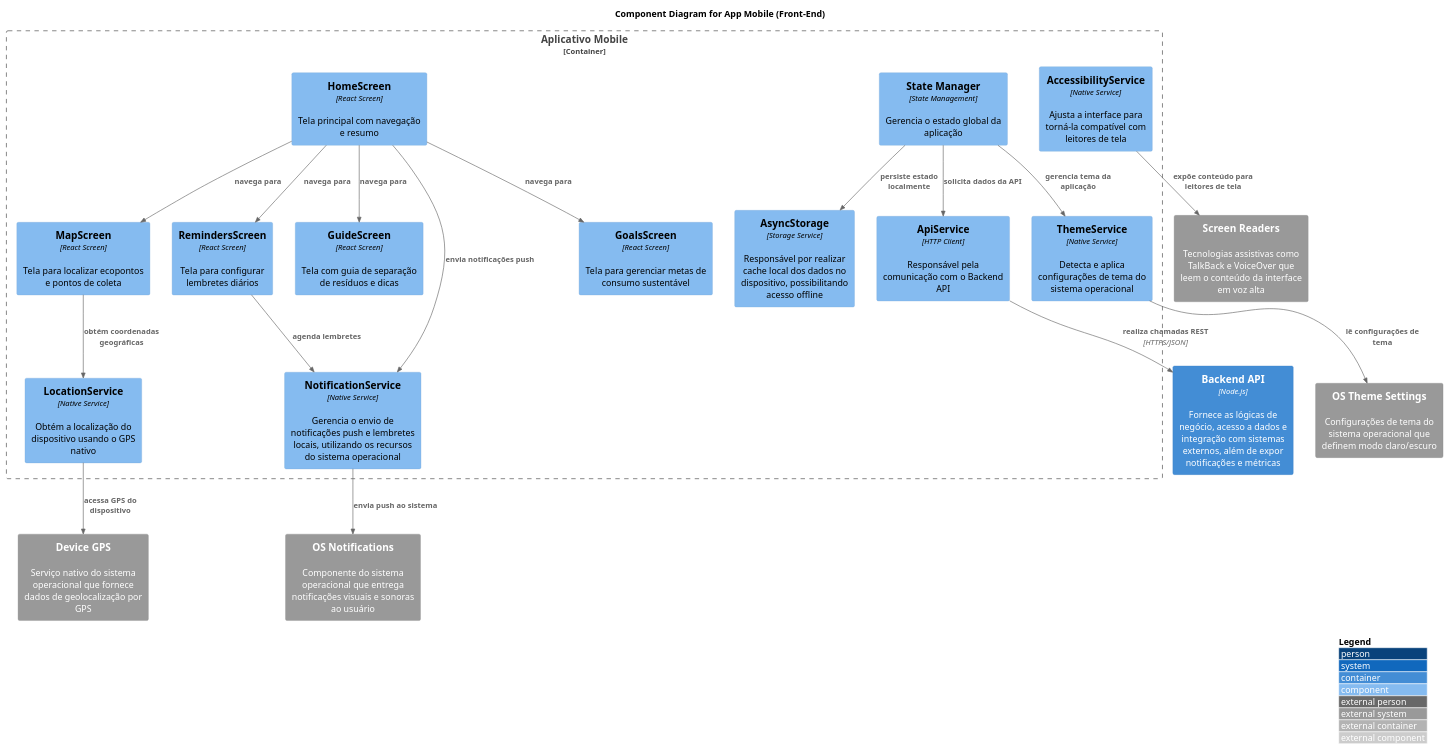
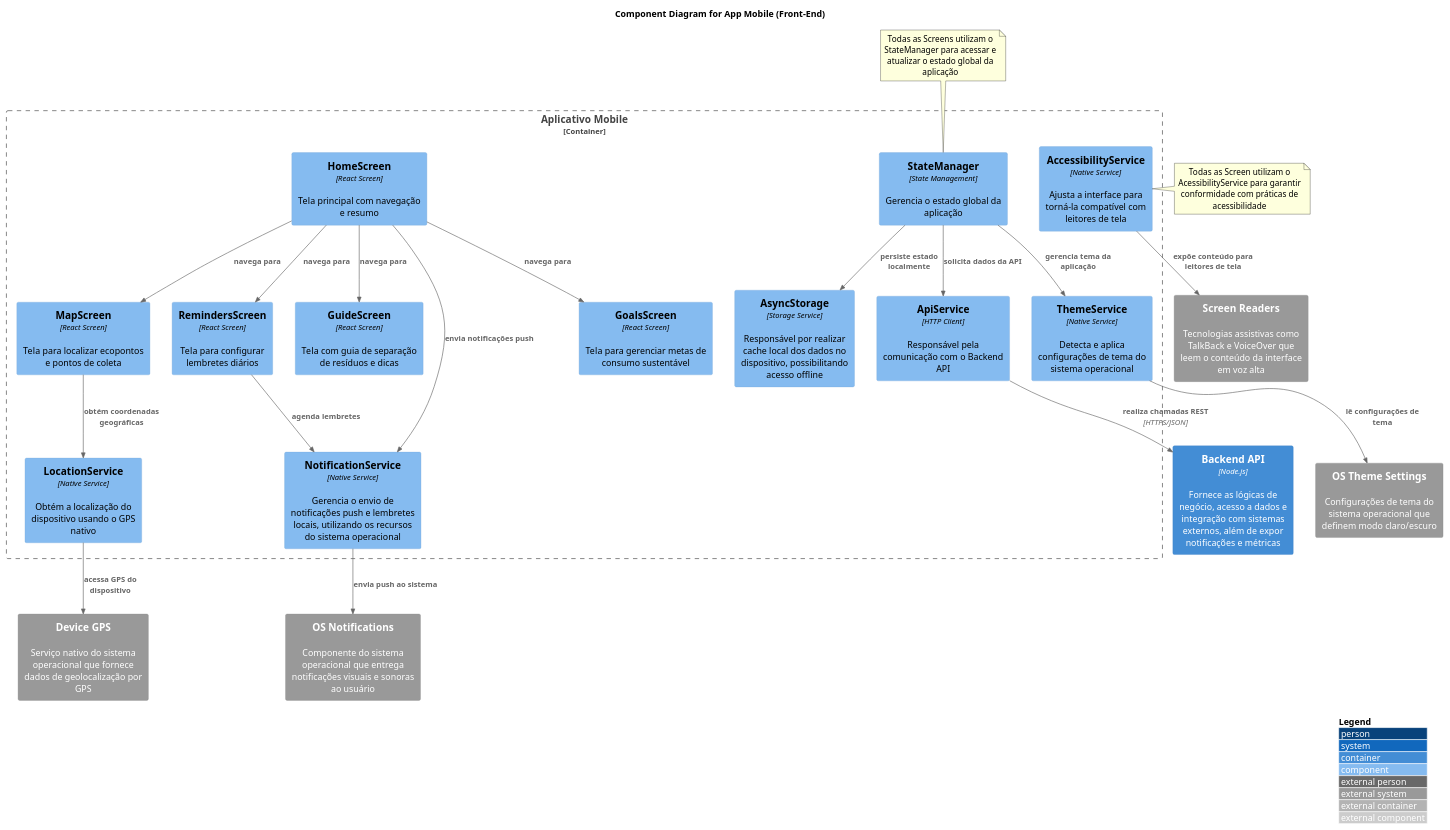
Before and after one commit to gilmarUFG/as_es_20251_g9: the diagram in trabalho_final/diagramas/codigo/4C_diagrama_componente_front.puml, drawn with PlantUML. The commit also changed 3 other files, not shown here.

Commit message:
Updated documentation and added notes to the frontend component diagram

```diff
--- a/trabalho_final/diagramas/codigo/4C_diagrama_componente_front.puml
+++ b/trabalho_final/diagramas/codigo/4C_diagrama_componente_front.puml
@@ -1,53 +1,59 @@
 @startuml frontend_components
 
 !include https://raw.githubusercontent.com/plantuml-stdlib/C4-PlantUML/master/C4_Component.puml
 
 LAYOUT_WITH_LEGEND()
 
 title Component Diagram for App Mobile (Front-End)
 
 Container_Boundary(mobile, "Aplicativo Mobile") {
     
     Component(homeScreen, "HomeScreen", "React Screen", "Tela principal com navegação e resumo")
     Component(goalsScreen, "GoalsScreen", "React Screen", "Tela para gerenciar metas de consumo sustentável")
     Component(remindersScreen, "RemindersScreen", "React Screen", "Tela para configurar lembretes diários")
     Component(mapScreen, "MapScreen", "React Screen", "Tela para localizar ecopontos e pontos de coleta")
     Component(guideScreen, "GuideScreen", "React Screen", "Tela com guia de separação de resíduos e dicas")
     
     Component(apiService, "ApiService", "HTTP Client", "Responsável pela comunicação com o Backend API")
     Component(gpsService, "LocationService", "Native Service", "Obtém a localização do dispositivo usando o GPS nativo")
     Component(notificationService, "NotificationService", "Native Service", "Gerencia o envio de notificações push e lembretes locais, utilizando os recursos do sistema operacional")
     Component(accessibilityService, "AccessibilityService", "Native Service", "Ajusta a interface para torná-la compatível com leitores de tela")
     Component(localStorage, "AsyncStorage", "Storage Service", "Responsável por realizar cache local dos dados no dispositivo, possibilitando acesso offline")
     Component(themeService, "ThemeService", "Native Service", "Detecta e aplica configurações de tema do sistema operacional")
-    Component(stateManager, "State Manager", "State Management", "Gerencia o estado global da aplicação")
+    Component(stateManager, "StateManager", "State Management", "Gerencia o estado global da aplicação")
 }
 
 Container(backendAPI, "Backend API", "Node.js", "Fornece as lógicas de negócio, acesso a dados e integração com sistemas externos, além de expor notificações e métricas")
 System_Ext(deviceGPS, "Device GPS", "Serviço nativo do sistema operacional que fornece dados de geolocalização por GPS")
 System_Ext(osNotifications, "OS Notifications", "Componente do sistema operacional que entrega notificações visuais e sonoras ao usuário")
 System_Ext(screenReaders, "Screen Readers", "Tecnologias assistivas como TalkBack e VoiceOver que leem o conteúdo da interface em voz alta")
 System_Ext(osThemeSettings, "OS Theme Settings", "Configurações de tema do sistema operacional que definem modo claro/escuro")
 
 Rel(homeScreen, goalsScreen, "navega para")
 Rel(homeScreen, remindersScreen, "navega para")
 Rel(homeScreen, mapScreen, "navega para")
 Rel(homeScreen, guideScreen, "navega para")
 
 Rel(stateManager, apiService, "solicita dados da API")
 Rel(stateManager, localStorage, "persiste estado localmente")
 Rel(themeService, osThemeSettings, "lê configurações de tema")
 Rel(stateManager, themeService, "gerencia tema da aplicação")
 
 Rel(mapScreen, gpsService, "obtém coordenadas geográficas")
 Rel(homeScreen, notificationService, "envia notificações push")
 Rel(remindersScreen, notificationService, "agenda lembretes")
 
 Rel(apiService, backendAPI, "realiza chamadas REST", "HTTPS/JSON")
 Rel(gpsService, deviceGPS, "acessa GPS do dispositivo")
 Rel(notificationService, osNotifications, "envia push ao sistema")
 Rel(accessibilityService, screenReaders, "expõe conteúdo para leitores de tela")
 
-' Nota: Todas as screens utilizam o State Manager e o Accessibility Service
+note top of stateManager
+Todas as Screens utilizam o StateManager para acessar e atualizar o estado global da aplicação
+end note 
+
+note right of accessibilityService
+Todas as Screen utilizam o AcessibilityService para garantir conformidade com práticas de acessibilidade
+end note
 
 @enduml
```
